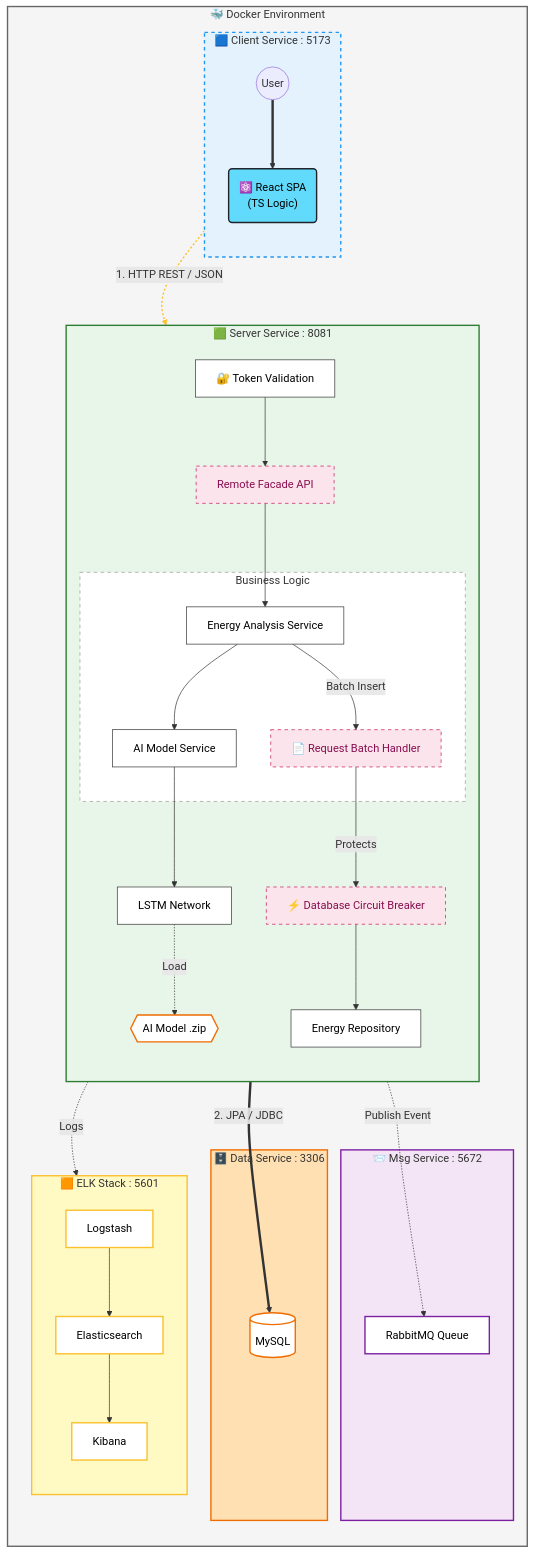
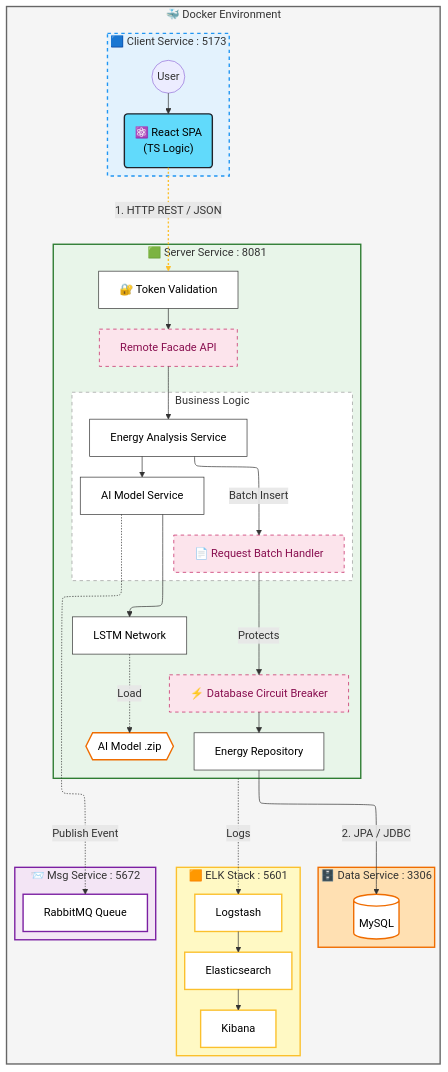
One commit to nameisalfio/nexus-energy-ds changed the diagram in assets/mermaid_sources/architecture_diagram.mmd. Above: the diagram before and after it, drawn with Mermaid. The commit also changed 3 other files, not shown here.

```diff
--- a/assets/mermaid_sources/architecture_diagram.mmd
+++ b/assets/mermaid_sources/architecture_diagram.mmd
@@ -1,106 +1,93 @@
-flowchart TD
-    %% --- CLASS DEFINITIONS ---
+---
+config:
+  layout: elk
+---
+flowchart TB
+ subgraph Browser_Env["🟦 Client Service : 5173"]
+    direction TB
+        User(("User"))
+        ReactApp("⚛️ React SPA<br>(TS Logic)")
+  end
+ subgraph Business_Logic["Business Logic"]
+        Service["Energy Analysis Service"]
+        AI["AI Model Service"]
+        Batch["📄 Request Batch Handler"]
+  end
+ subgraph Server_App["🟩 Server Service : 8081"]
+    direction TB
+        Auth["🔐 Token Validation"]
+        Facade["Remote Facade API"]
+        Business_Logic
+        CB_Database["⚡ Database Circuit Breaker"]
+        Repo["Energy Repository"]
+        ModelFile{{"AI Model .zip"}}
+        LSTM["LSTM Network"]
+  end
+ subgraph Messaging_Service["📨 Msg Service : 5672"]
+        RabbitMQ["RabbitMQ Queue"]
+  end
+ subgraph Data_Service["🗄️ Data Service : 3306"]
+        MySQL[("MySQL")]
+  end
+ subgraph ELK_Stack["🟧 ELK Stack : 5601"]
+    direction TB
+        Logstash["Logstash"]
+        Elasticsearch["Elasticsearch"]
+        Kibana["Kibana"]
+  end
+ subgraph Docker_Host["🐳 Docker Environment"]
+    direction TB
+        Browser_Env
+        Server_App
+        Messaging_Service
+        Data_Service
+        ELK_Stack
+  end
+    User --> ReactApp
+    Auth --> Facade
+    Facade --> Service
+    Service --> AI
+    Service -- Batch Insert --> Batch
+    AI --> LSTM
+    LSTM -. Load .-> ModelFile
+    Batch -- Protects --> CB_Database
+    CB_Database --> Repo
+    Logstash --> Elasticsearch
+    Elasticsearch --> Kibana
+    ReactApp -- "1. HTTP REST / JSON" --> Auth
+    Repo -- "2. JPA / JDBC" --> MySQL
+    AI -. Publish Event .-> RabbitMQ
+    Server_App -. Logs .-> Logstash
+    Browser_Env ~~~ Server_App
+    Server_App ~~~ Data_Service & Messaging_Service & ELK_Stack
+
+     ReactApp:::frontend
+     Auth:::component
+     Facade:::pattern
+     Service:::component
+     AI:::component
+     Batch:::pattern
+     CB_Database:::pattern
+     Repo:::component
+     ModelFile:::db
+     LSTM:::component
+     RabbitMQ:::queue
+     MySQL:::db
+     Logstash:::logging
+     Elasticsearch:::logging
+     Kibana:::logging
     classDef component fill:#ffffff,stroke:#333,stroke-width:1px,color:black
     classDef db fill:#ffffff,stroke:#ef6c00,stroke-width:2px,color:black
     classDef pattern fill:#fce4ec,stroke:#c2185b,stroke-width:1px,stroke-dasharray: 5 5,color:#880e4f
     classDef logging fill:#ffffff,stroke:#fbc02d,stroke-width:2px,color:black
     classDef frontend fill:#61dafb,stroke:#20232a,stroke-width:2px,color:black
     classDef queue fill:#ffffff,stroke:#7b1fa2,stroke-width:2px,color:black
     classDef container fill:#f5f5f5,stroke:#666,stroke-width:2px
-
-    %% --- BACKEND ENVIRONMENT ---
-    subgraph Docker_Host ["🐳 Docker Environment"]
-        direction TB
-
-        %% --- FRONTEND ENVIRONMENT ---
-        subgraph Browser_Env ["🟦 Client Service : 5173"]
-            direction TB
-            User((User))
-            ReactApp("⚛️ React SPA<br/>(TS Logic)"):::frontend
-            User ==> ReactApp
-        end
-
-        %% --- SERVER MICROSERVICE (CORE) ---
-        subgraph Server_App ["🟩 Server Service : 8081"]
-            direction TB
-            
-            %% Entry Points
-            Auth[🔐 Token Validation]:::component
-            Facade[Remote Facade API]:::pattern
-            
-            %% Business Logic Layer
-            subgraph Business_Logic ["Business Logic"]
-                Service[Energy Analysis Service]:::component
-                AI[AI Model Service]:::component
-                Batch[📄 Request Batch Handler]:::pattern
-            end
-            
-            %% Data Access Layer
-            CB_Database[⚡ Database Circuit Breaker]:::pattern
-            Repo[Energy Repository]:::component
-            ModelFile{{AI Model .zip}}:::db
-            
-            %% Connections
-            Auth --> Facade
-            Facade --> Service
-            
-            Service --> AI
-            Service --"Batch Insert"--> Batch
-            
-            AI --> LSTM[LSTM Network]:::component
-            LSTM -.->|"Load"| ModelFile
-            
-            %% Protection & Persistence Flows
-            Batch --"Protects"--> CB_Database
-            %%Service --"Protects"--> CB_Database
-            CB_Database --> Repo
-        end
-
-        %% --- INFRASTRUCTURE SERVICES ---
-        
-        subgraph Messaging_Service ["📨 Msg Service : 5672"]
-            RabbitMQ[RabbitMQ Queue]:::queue
-        end
-
-        subgraph Data_Service ["🗄️ Data Service : 3306"]
-            MySQL[(MySQL)]:::db
-        end
-
-        subgraph ELK_Stack ["🟧 ELK Stack : 5601"]
-            direction TB
-            Logstash[Logstash]:::logging
-            Elasticsearch[Elasticsearch]:::logging
-            Kibana[Kibana]:::logging
-            
-            Logstash --> Elasticsearch --> Kibana
-        end
-    end
-
-    %% --- DIRECT CONNECTIONS (No BFF) ---
-    
-    %% Browser -> Server Core (Direct Call)
-    ReactApp == "1. HTTP REST / JSON" ==> Auth
-    
-    %% Server -> Infrastructure
-    Repo == "2. JPA / JDBC" ==> MySQL
-    AI -.->|"Publish Event"| RabbitMQ
-
-    %% Logging Flows
-    Server_App -.-> |"Logs"| Logstash
-
-    %% --- LAYOUT OPTIMIZATION ---
-    Browser_Env ~~~ Server_App
-    Server_App ~~~ Data_Service
-    Server_App ~~~ Messaging_Service
-    Server_App ~~~ ELK_Stack
-
-    %% --- STYLES ---
+    style Server_App fill:#e8f5e9,stroke:#2e7d32,stroke-width:2px
     style Browser_Env fill:#e3f2fd,stroke:#2196f3,stroke-width:2px,stroke-dasharray: 5 5
-    style Docker_Host fill:#f5f5f5,stroke:#666,stroke-width:2px
-    style Server_App fill:#e8f5e9,stroke:#2e7d32,stroke-width:2px
     style Data_Service fill:#ffe0b2,stroke:#ef6c00,stroke-width:2px
     style Messaging_Service fill:#f3e5f5,stroke:#7b1fa2,stroke-width:2px
     style ELK_Stack fill:#fff9c4,stroke:#fbc02d,stroke-width:2px
+    style Docker_Host fill:#f5f5f5,stroke:#666,stroke-width:2px
     style Business_Logic fill:#ffffff,stroke:#999,stroke-width:1px,stroke-dasharray: 5 5
-
-    linkStyle 11 stroke:#fbc02d,stroke-width:2px,stroke-dasharray: 3 3;
+    linkStyle 11 stroke:#fbc02d,stroke-width:2px,stroke-dasharray: 3 3,fill:none
```
